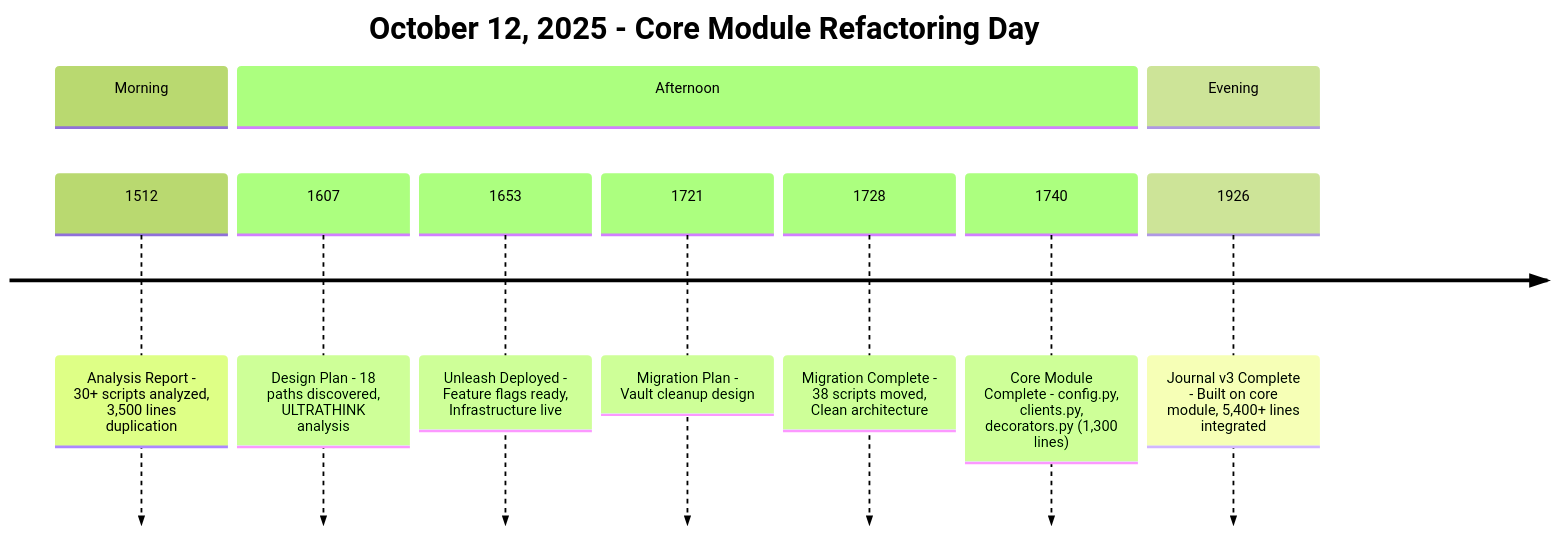
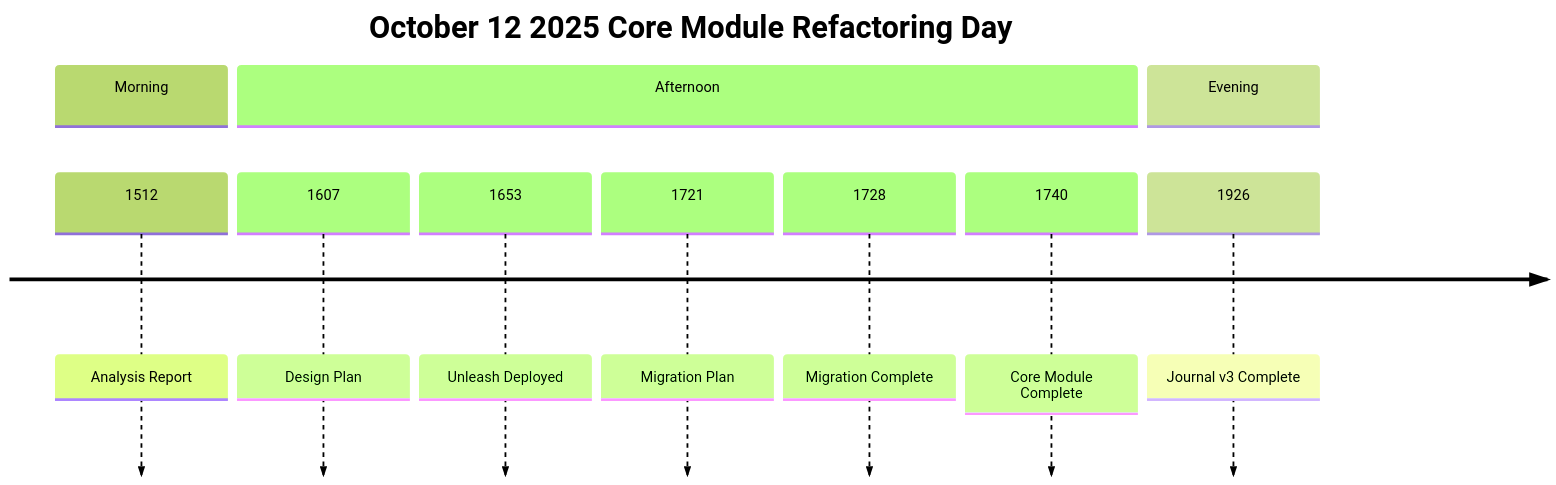
Before and after one commit to rduffyuk/blog-astro: the fifth of 6 diagrams in src/data/blog/season-2-episode-4-three-systems-parallel-testing.md, drawn with Mermaid (forest theme).

Commit message:
Simplify timeline diagram to minimal format to avoid parser issues
Removed all detailed descriptions and special characters from timeline
events to ensure compatibility with Mermaid timeline parser:

Before:
- Long descriptions: "Analysis Report - 30+ scripts analyzed, 3,500 lines duplication"
- Commas in title: "October 12, 2025 - Core Module Refactoring Day"

After:
- Simple event names: "Analysis Report"
- No special chars: "October 12 2025 Core Module Refactoring Day"

The detailed timeline breakdown text below the diagram still provides
full context for readers.

🤖 Generated with [Claude Code](https://claude.com/claude-code)

````diff
--- a/src/data/blog/season-2-episode-4-three-systems-parallel-testing.md
+++ b/src/data/blog/season-2-episode-4-three-systems-parallel-testing.md
@@ -569,14 +569,14 @@
 ```mermaid
 timeline
-    title October 12, 2025 - Core Module Refactoring Day
+    title October 12 2025 Core Module Refactoring Day
     section Morning
-        1512 : Analysis Report - 30+ scripts analyzed, 3,500 lines duplication
+        1512 : Analysis Report
     section Afternoon
-        1607 : Design Plan - 18 paths discovered, ULTRATHINK analysis
-        1653 : Unleash Deployed - Feature flags ready, Infrastructure live
-        1721 : Migration Plan - Vault cleanup design
-        1728 : Migration Complete - 38 scripts moved, Clean architecture
-        1740 : Core Module Complete - config.py, clients.py, decorators.py (1,300 lines)
+        1607 : Design Plan
+        1653 : Unleash Deployed
+        1721 : Migration Plan
+        1728 : Migration Complete
+        1740 : Core Module Complete
     section Evening
-        1926 : Journal v3 Complete - Built on core module, 5,400+ lines integrated
+        1926 : Journal v3 Complete
 ```
````
